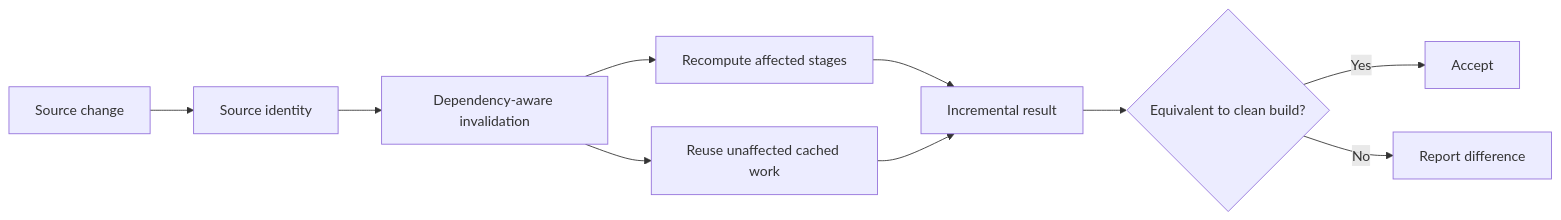
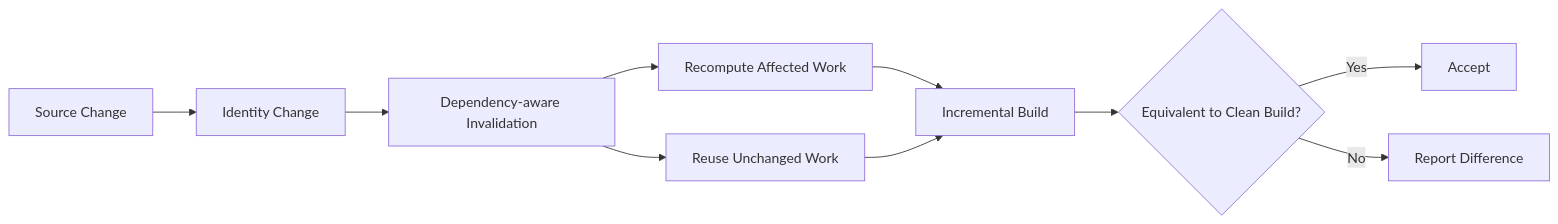
One commit to Gopal-Singh-Subramani-Singh/context-compiler changed the sixth of 7 diagrams in README.md. Above: the diagram before and after it, drawn with Mermaid. The commit also changed other lines of this file, not shown here.

````diff
--- a/README.md
+++ b/README.md
@@ -396,12 +329,12 @@
 ```mermaid
 flowchart LR
-    A[Source change] --> B[Source identity]
-    B --> C[Dependency-aware invalidation]
-    C --> D[Recompute affected stages]
-    C --> E[Reuse unaffected cached work]
-    D --> F[Incremental result]
+    A[Source Change] --> B[Identity Change]
+    B --> C[Dependency-aware Invalidation]
+    C --> D[Recompute Affected Work]
+    C --> E[Reuse Unchanged Work]
+    D --> F[Incremental Build]
     E --> F
-    F --> G{Equivalent to clean build?}
+    F --> G{Equivalent to Clean Build?}
     G -- Yes --> H[Accept]
-    G -- No --> I[Report difference]
+    G -- No --> I[Report Difference]
 ```
````
